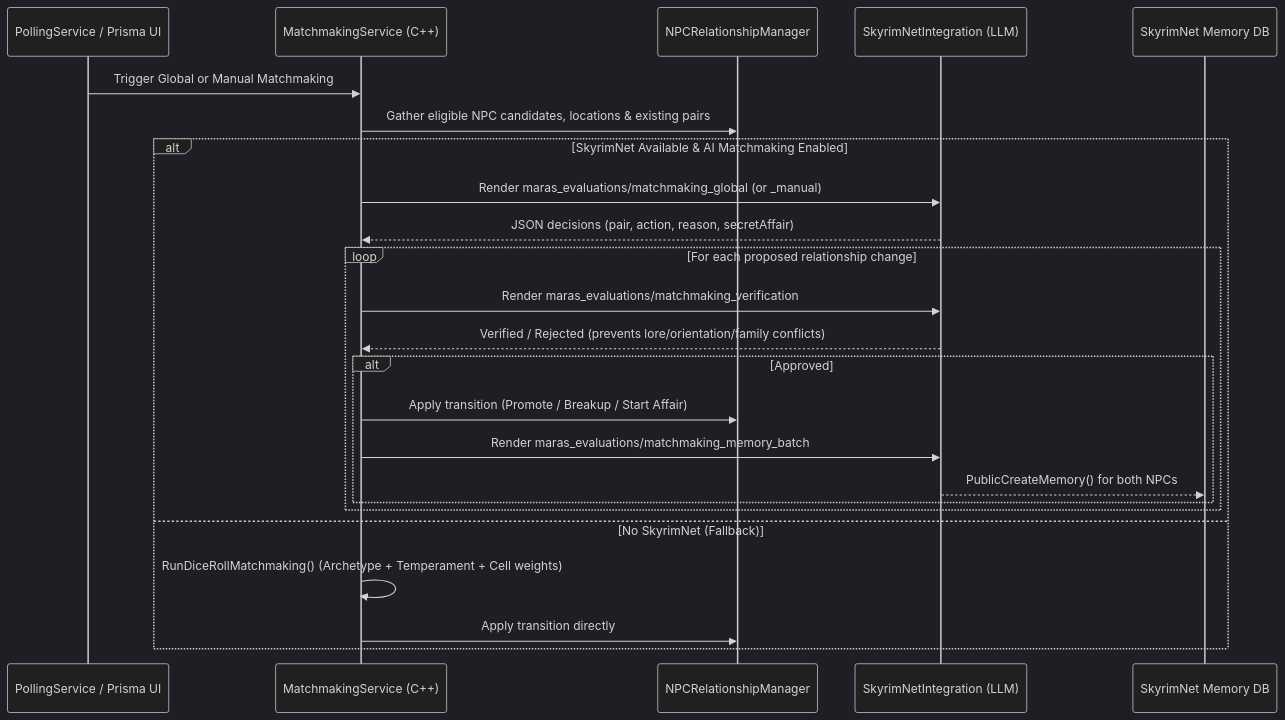
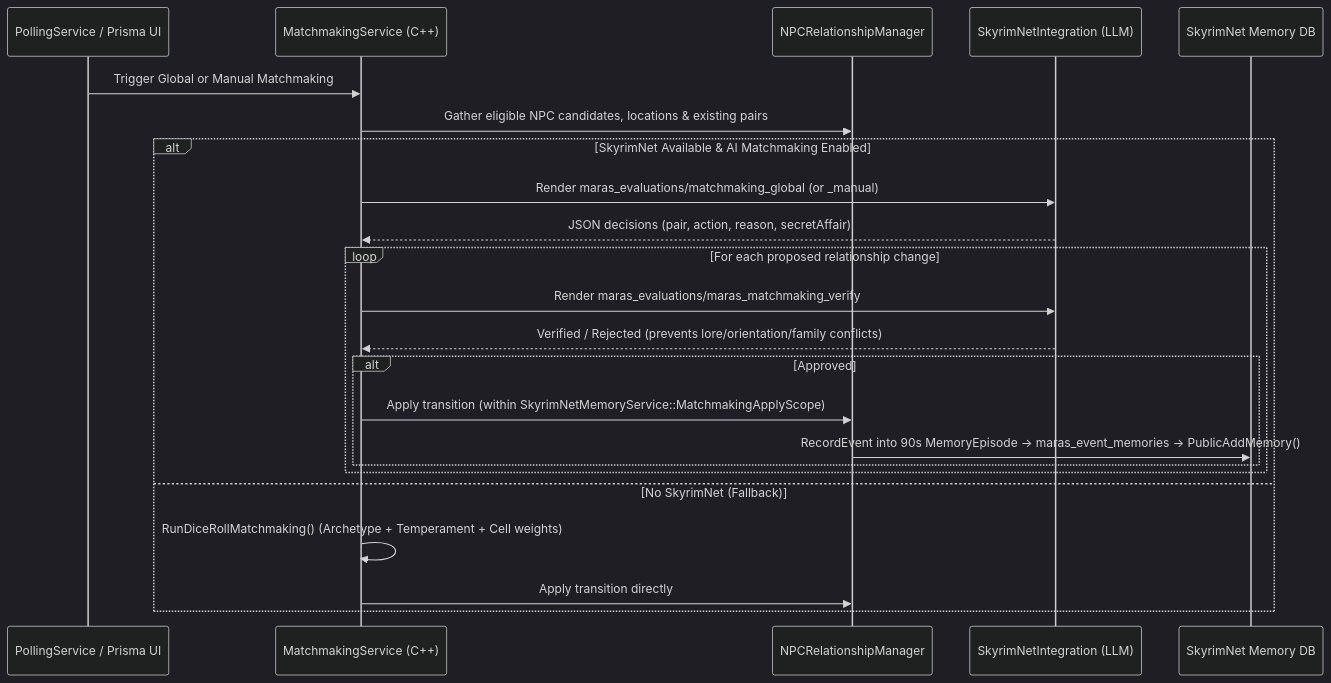
The first of 2 diagrams in docs/modder/SKYRIMNET_AND_AI_INTEGRATION.md (tetherball88/maras), drawn with Mermaid (dark theme) before and after one commit. The commit also changed other lines of this file and 159 other files, not shown here.

````diff
--- a/docs/modder/SKYRIMNET_AND_AI_INTEGRATION.md
+++ b/docs/modder/SKYRIMNET_AND_AI_INTEGRATION.md
@@ -57,27 +72,26 @@
 ```mermaid
 sequenceDiagram
     participant Scheduler as PollingService / Prisma UI
     participant MM as MatchmakingService (C++)
     participant Rel as NPCRelationshipManager
     participant SNet as SkyrimNetIntegration (LLM)
     participant Mem as SkyrimNet Memory DB
 
     Scheduler->>MM: Trigger Global or Manual Matchmaking
     MM->>Rel: Gather eligible NPC candidates, locations & existing pairs
     alt SkyrimNet Available & AI Matchmaking Enabled
         MM->>SNet: Render maras_evaluations/matchmaking_global (or _manual)
         SNet-->>MM: JSON decisions (pair, action, reason, secretAffair)
         loop For each proposed relationship change
-            MM->>SNet: Render maras_evaluations/matchmaking_verification
+            MM->>SNet: Render maras_evaluations/maras_matchmaking_verify
             SNet-->>MM: Verified / Rejected (prevents lore/orientation/family conflicts)
             alt Approved
-                MM->>Rel: Apply transition (Promote / Breakup / Start Affair)
-                MM->>SNet: Render maras_evaluations/matchmaking_memory_batch
-                SNet-->>Mem: PublicCreateMemory() for both NPCs
+                MM->>Rel: Apply transition (within SkyrimNetMemoryService::MatchmakingApplyScope)
+                Rel->>Mem: RecordEvent into 90s MemoryEpisode -> maras_event_memories -> PublicAddMemory()
             end
         end
     else No SkyrimNet (Fallback)
         MM->>MM: RunDiceRollMatchmaking() (Archetype + Temperament + Cell weights)
         MM->>Rel: Apply transition directly
     end
 ```
````
